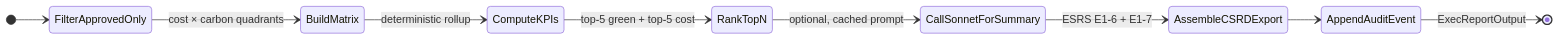
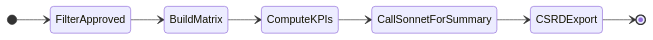
The ninth of 10 diagrams in README.md (LucasDuys/bunq-hackathon), drawn with Mermaid before and after one commit. The commit also changed other lines of this file, not shown here.

````diff
--- a/README.md
+++ b/README.md
@@ -350,12 +246,10 @@
 ```mermaid
 stateDiagram-v2
     direction LR
-    [*] --> FilterApprovedOnly
-    FilterApprovedOnly --> BuildMatrix: cost × carbon quadrants
-    BuildMatrix --> ComputeKPIs: deterministic rollup
-    ComputeKPIs --> RankTopN: top-5 green + top-5 cost
-    RankTopN --> CallSonnetForSummary: optional, cached prompt
-    CallSonnetForSummary --> AssembleCSRDExport: ESRS E1-6 + E1-7
-    AssembleCSRDExport --> AppendAuditEvent
-    AppendAuditEvent --> [*]: ExecReportOutput
+    [*] --> FilterApproved
+    FilterApproved --> BuildMatrix
+    BuildMatrix --> ComputeKPIs
+    ComputeKPIs --> CallSonnetForSummary
+    CallSonnetForSummary --> CSRDExport
+    CSRDExport --> [*]
 ```
````
